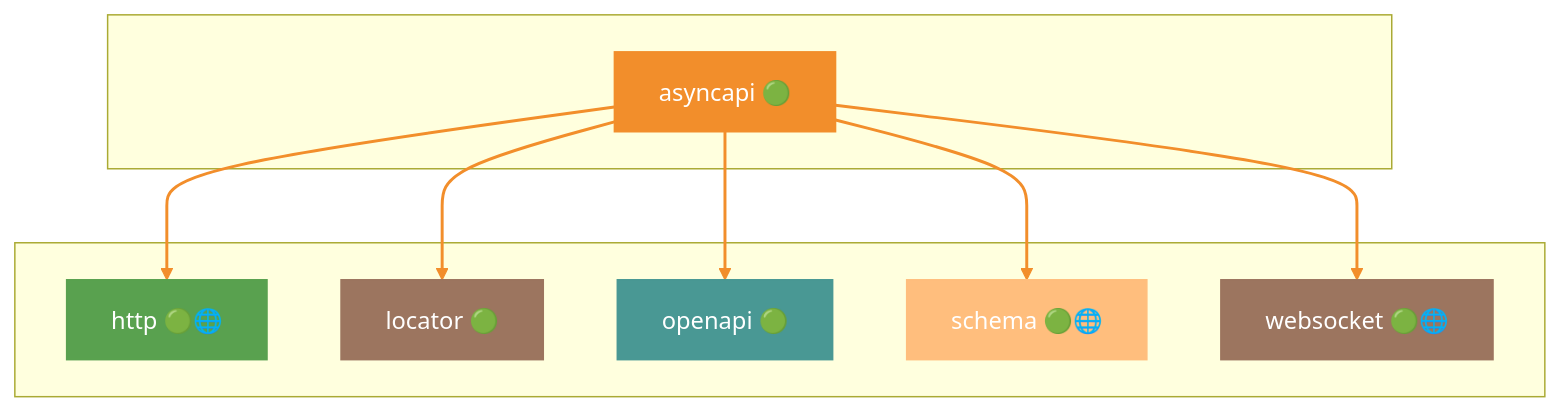
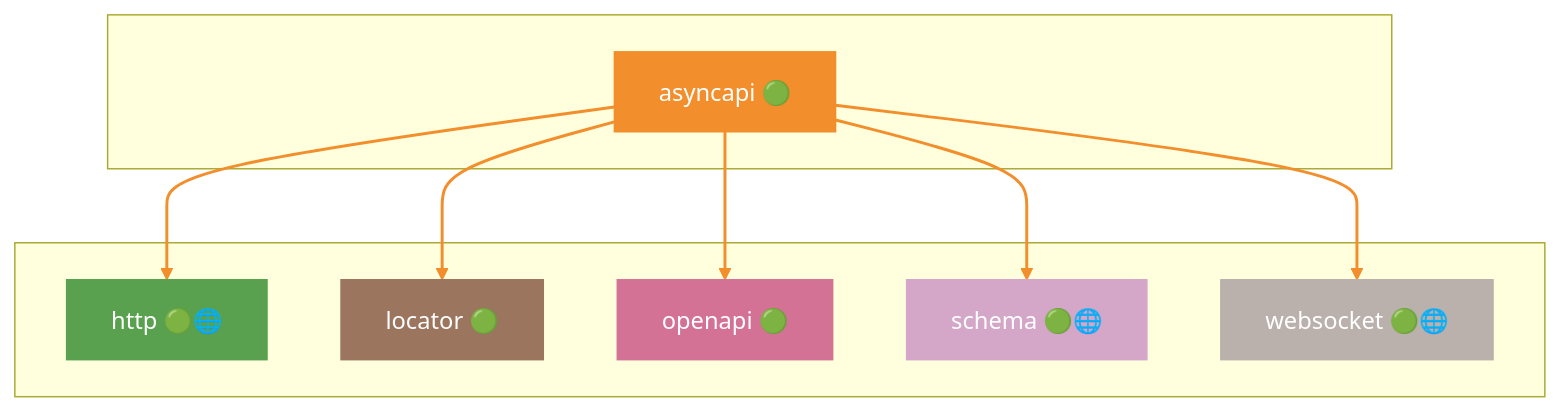
One commit to grest-ts/grest-ts changed the third of 47 diagrams in docs/DEPENDENCIES.md. Above: the diagram before and after it, drawn with Mermaid. The commit also changed other lines of this file and 27 other files, not shown here.

````diff
--- a/docs/DEPENDENCIES.md
+++ b/docs/DEPENDENCIES.md
@@ -477,29 +471,29 @@
 ```mermaid
 flowchart TB
     subgraph Package[" "]
         asyncapi["asyncapi 🟢"]
     end
     subgraph Dependencies[" "]
         http["http 🟢🌐"]
         locator["locator 🟢"]
         openapi["openapi 🟢"]
         schema["schema 🟢🌐"]
         websocket["websocket 🟢🌐"]
     end
     asyncapi --> http
     asyncapi --> locator
     asyncapi --> openapi
     asyncapi --> schema
     asyncapi --> websocket
     style asyncapi fill:#F28E2B,stroke:#F28E2B,color:#fff
     style http fill:#59A14F,stroke:#59A14F,color:#fff
     style locator fill:#9C755F,stroke:#9C755F,color:#fff
-    style openapi fill:#499894,stroke:#499894,color:#fff
-    style schema fill:#FFBE7D,stroke:#FFBE7D,color:#fff
-    style websocket fill:#9C755F,stroke:#9C755F,color:#fff
+    style openapi fill:#D37295,stroke:#D37295,color:#fff
+    style schema fill:#D4A6C8,stroke:#D4A6C8,color:#fff
+    style websocket fill:#BAB0AC,stroke:#BAB0AC,color:#fff
     linkStyle 0 stroke:#F28E2B,stroke-width:2px
     linkStyle 1 stroke:#F28E2B,stroke-width:2px
     linkStyle 2 stroke:#F28E2B,stroke-width:2px
     linkStyle 3 stroke:#F28E2B,stroke-width:2px
     linkStyle 4 stroke:#F28E2B,stroke-width:2px
 ```
````
